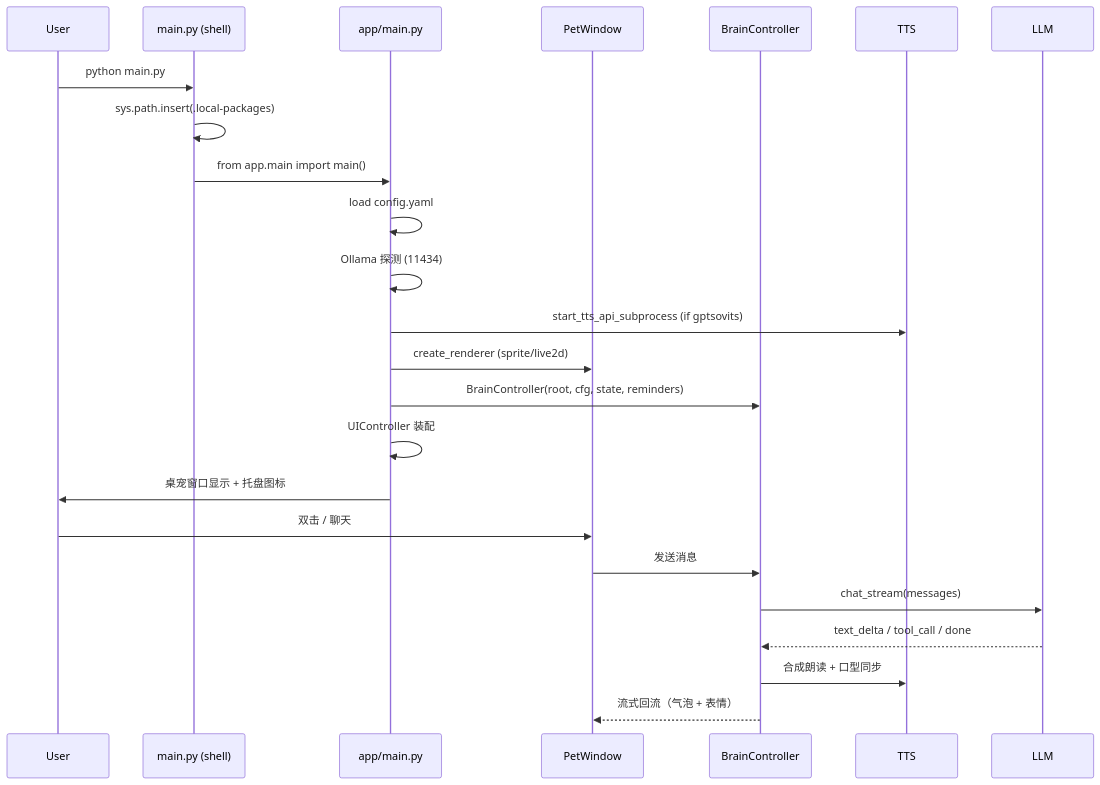
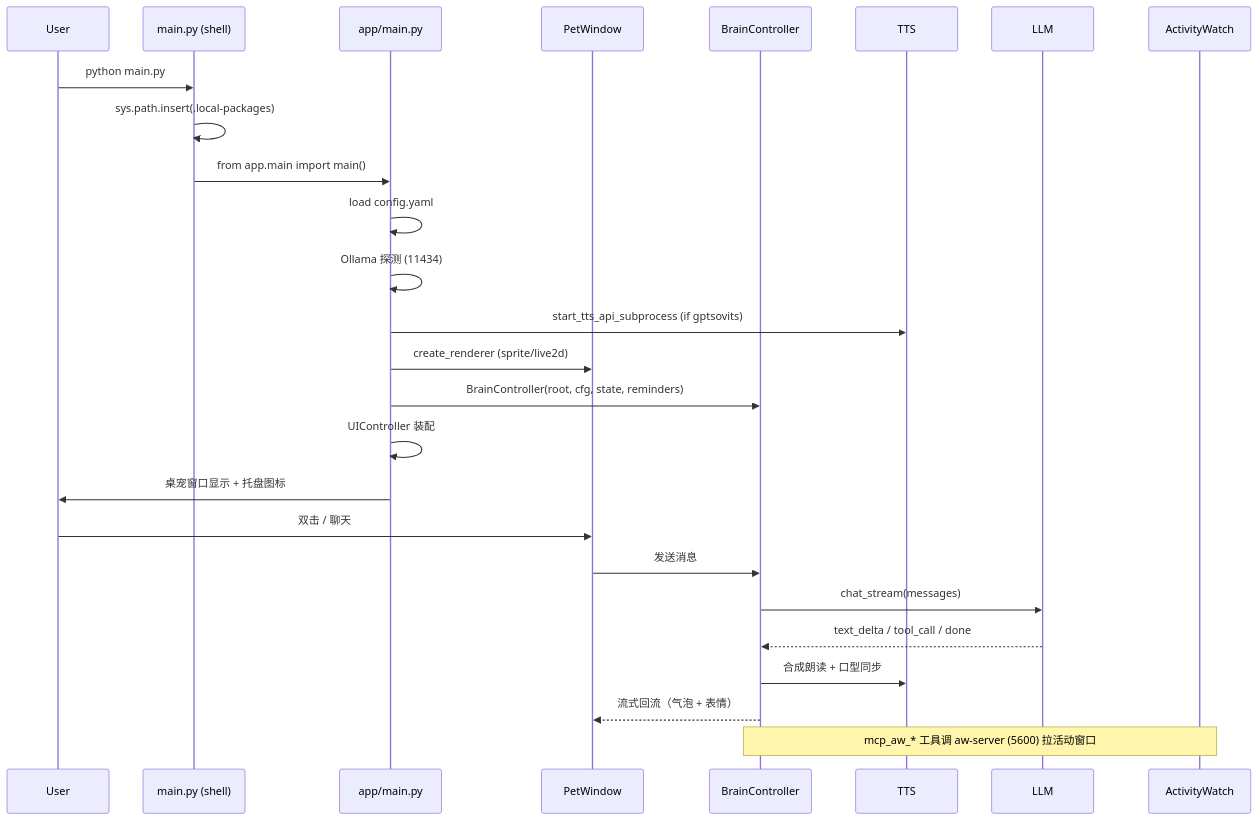
One commit to 255856/Smart-Desktop-Pet changed the first of 6 diagrams in docs/architecture.md. Above: the diagram before and after it, drawn with Mermaid. The commit also changed other lines of this file and 10 other files, not shown here.

First line of the commit message:
doc: 全套文档同步到 v25-v36 状态 (创新点 2 + ActivityWatch + LangChain 后端)

````diff
--- a/docs/architecture.md
+++ b/docs/architecture.md
@@ -5,27 +5,29 @@
 ```mermaid
 sequenceDiagram
     participant U as User
     participant M as main.py (shell)
     participant A as app/main.py
     participant P as PetWindow
     participant B as BrainController
     participant T as TTS
     participant L as LLM
+    participant AW as ActivityWatch
 
     U->>M: python main.py
     M->>M: sys.path.insert(.local-packages)
     M->>A: from app.main import main()
     A->>A: load config.yaml
     A->>A: Ollama 探测 (11434)
     A->>T: start_tts_api_subprocess (if gptsovits)
     A->>P: create_renderer (sprite/live2d)
     A->>B: BrainController(root, cfg, state, reminders)
     A->>A: UIController 装配
     A->>U: 桌宠窗口显示 + 托盘图标
     U->>P: 双击 / 聊天
     P->>B: 发送消息
     B->>L: chat_stream(messages)
     L-->>B: text_delta / tool_call / done
     B->>T: 合成朗读 + 口型同步
     B-->>P: 流式回流（气泡 + 表情）
+    Note over B,AW: mcp_aw_* 工具调 aw-server (5600) 拉活动窗口
 ```
````
